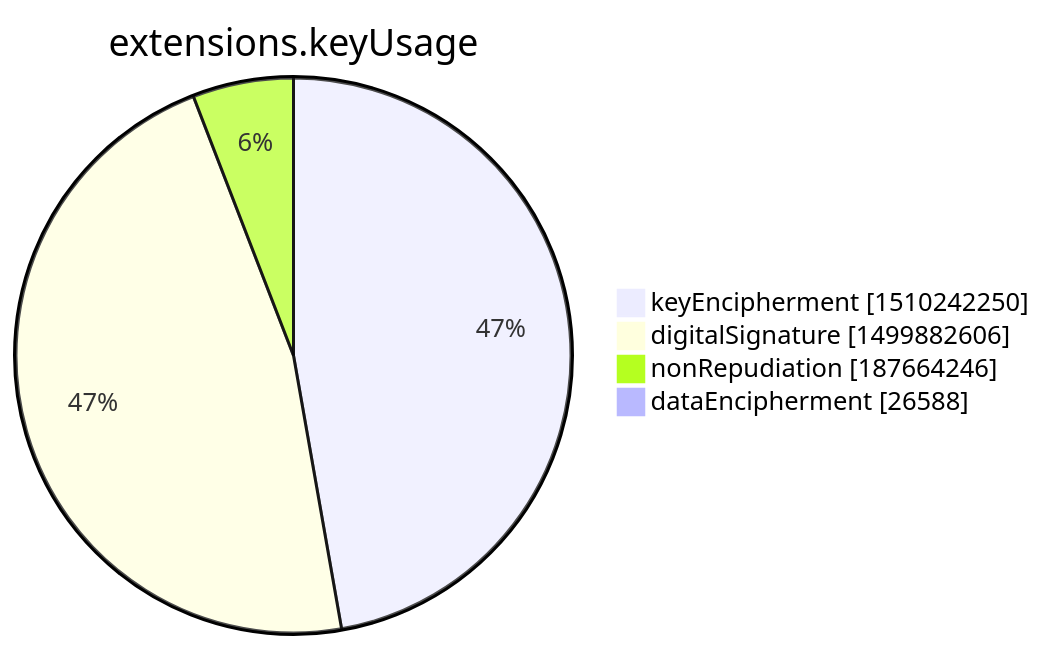
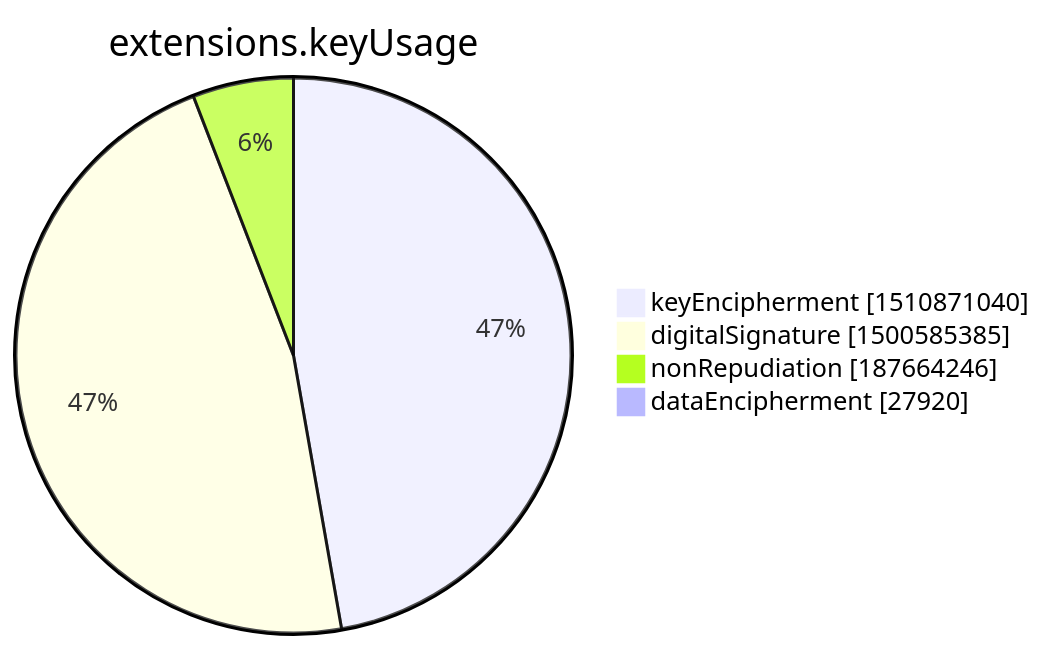
One commit to christiankrug/ctmonitor_visualization changed the seventh of 15 diagrams in xenon2022/README.md. Above: the diagram before and after it, drawn with Mermaid. The commit also changed other lines of this file, not shown here.

````diff
--- a/xenon2022/README.md
+++ b/xenon2022/README.md
@@ -2846,8 +2846,8 @@
 ```mermaid
 pie showData
 title extensions.keyUsage
-"keyEncipherment" :1510242250
-"digitalSignature" :1499882606
+"keyEncipherment" :1510871040
+"digitalSignature" :1500585385
 "nonRepudiation" :187664246
-"dataEncipherment" :26588
+"dataEncipherment" :27920
 ```
````
